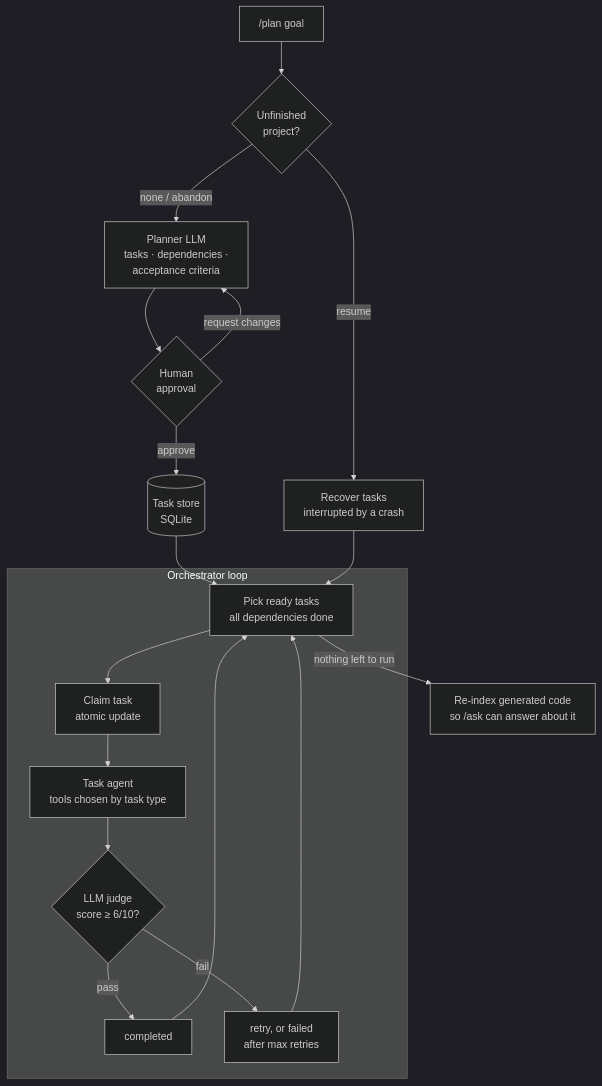
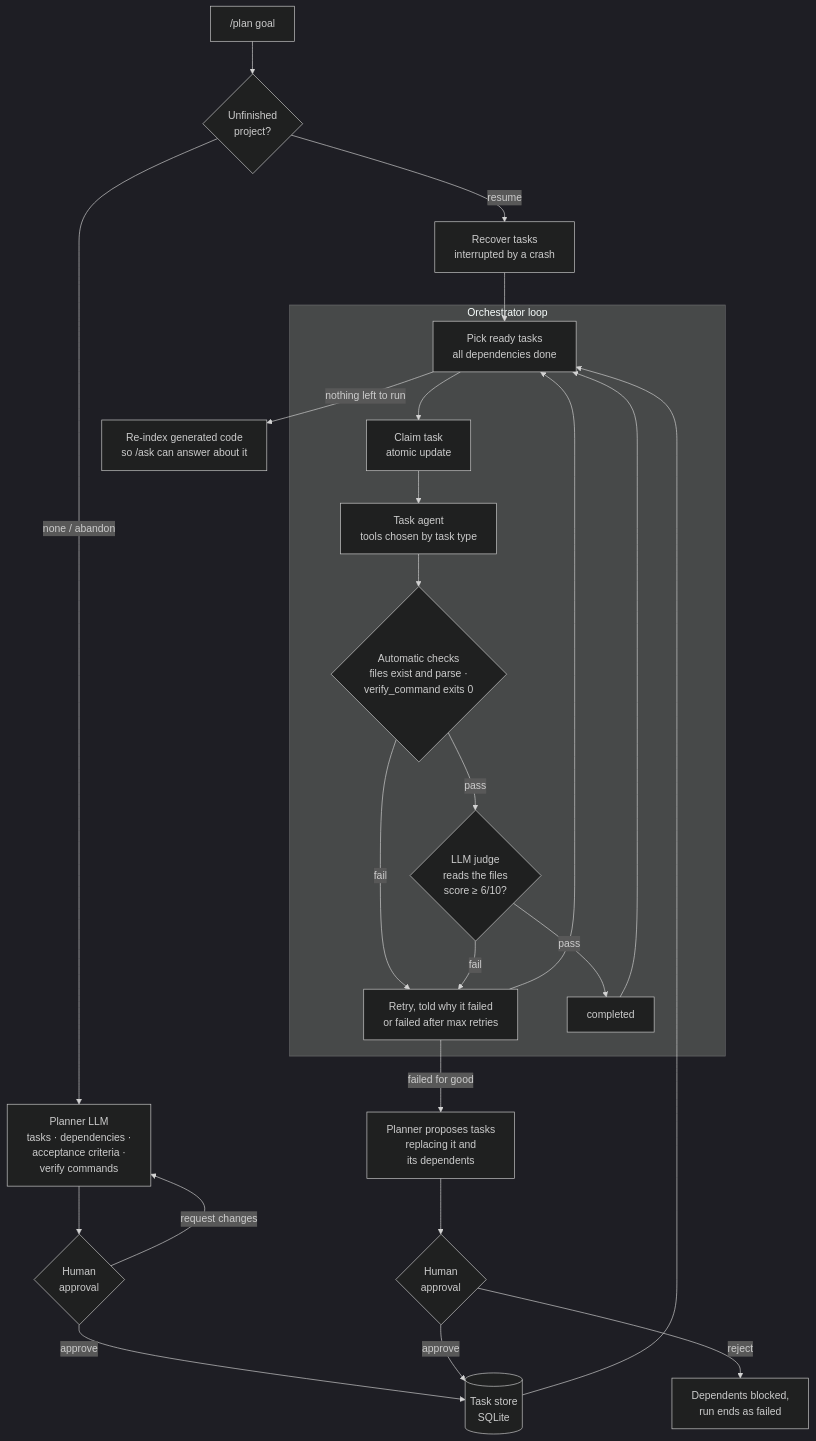
One commit to Parth-Babariya/RepoPilot changed the fifth of 9 diagrams in README.md. Above: the diagram before and after it, drawn with Mermaid (dark theme). The commit also changed other lines of this file and 28 other files, not shown here.

````diff
--- a/README.md
+++ b/README.md
@@ -194,23 +201,29 @@
 ```mermaid
 flowchart TD
     goal["/plan goal"] --> exists{"Unfinished<br/>project?"}
     exists -- "resume" --> recover["Recover tasks<br/>interrupted by a crash"]
-    exists -- "none / abandon" --> planner["Planner LLM<br/>tasks · dependencies ·<br/>acceptance criteria"]
+    exists -- "none / abandon" --> planner["Planner LLM<br/>tasks · dependencies ·<br/>acceptance criteria ·<br/>verify commands"]
     planner --> approve{"Human<br/>approval"}
     approve -- "request changes" --> planner
     approve -- "approve" --> store[("Task store<br/>SQLite")]
     store --> ready
     recover --> ready
 
     subgraph orchestrator["Orchestrator loop"]
         ready["Pick ready tasks<br/>all dependencies done"] --> claim["Claim task<br/>atomic update"]
         claim --> worker["Task agent<br/>tools chosen by task type"]
-        worker --> judge{"LLM judge<br/>score ≥ 6/10?"}
+        worker --> checks{"Automatic checks<br/>files exist and parse ·<br/>verify_command exits 0"}
+        checks -- "pass" --> judge{"LLM judge<br/>reads the files<br/>score ≥ 6/10?"}
+        checks -- "fail" --> retry["Retry, told why it failed<br/>or failed after max retries"]
         judge -- "pass" --> done["completed"]
-        judge -- "fail" --> retry["retry, or failed<br/>after max retries"]
+        judge -- "fail" --> retry
         retry --> ready
         done --> ready
     end
 
+    retry -- "failed for good" --> replan["Planner proposes tasks<br/>replacing it and<br/>its dependents"]
+    replan --> approve2{"Human<br/>approval"}
+    approve2 -- "approve" --> store
+    approve2 -- "reject" --> blocked["Dependents blocked,<br/>run ends as failed"]
     ready -- "nothing left to run" --> reindex["Re-index generated code<br/>so /ask can answer about it"]
 ```
````
